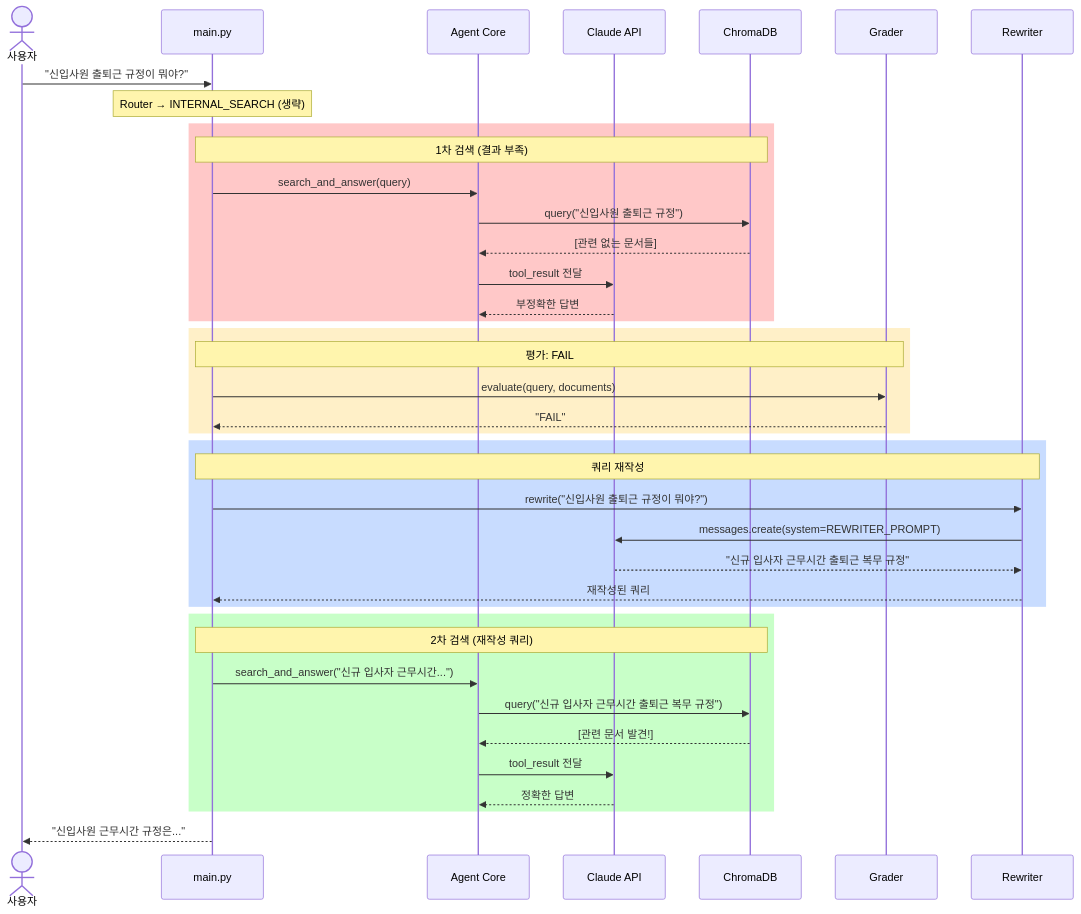
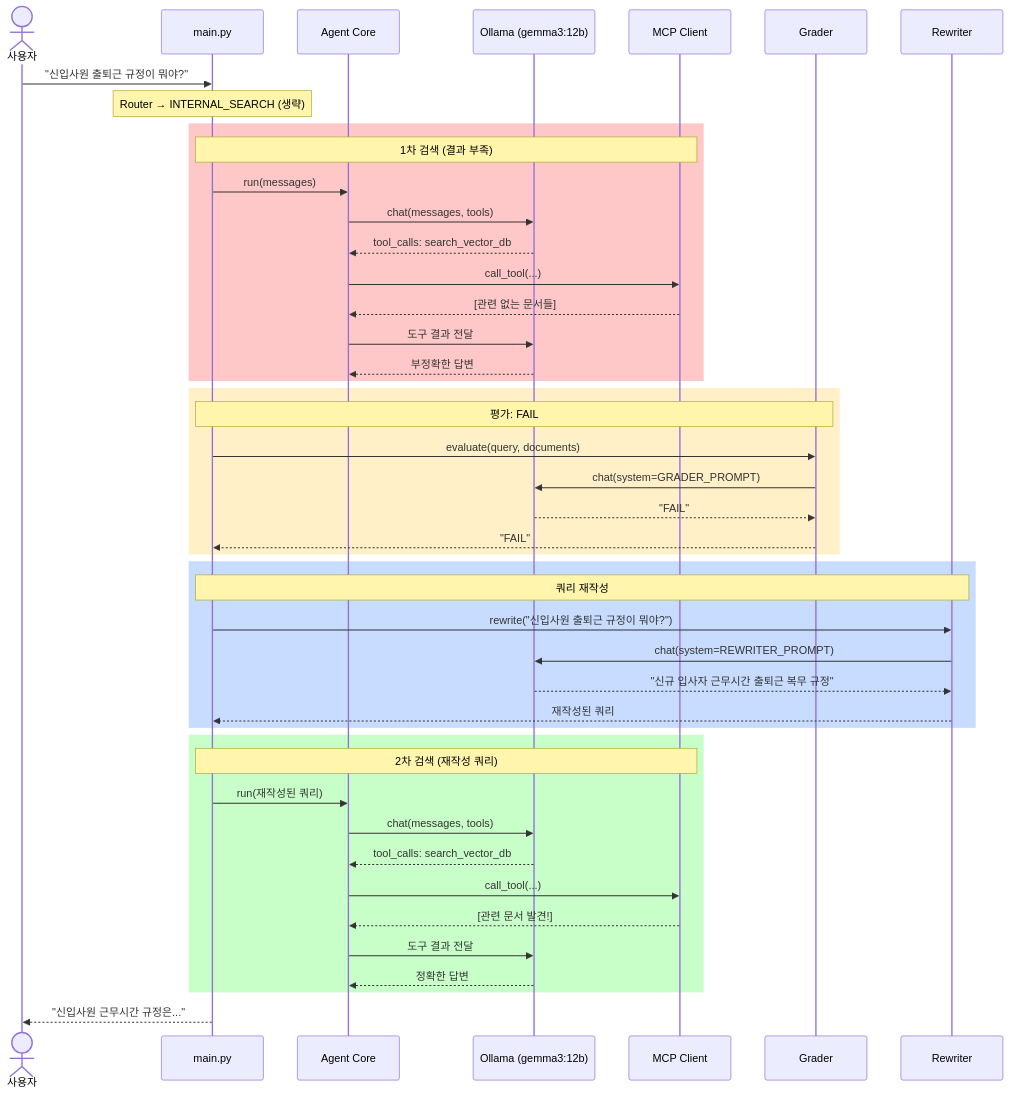
One commit to laurus-kpa007/agentic-rag-bot changed the fourth of 13 diagrams in docs/api-and-data-flow.md. Above: the diagram before and after it, drawn with Mermaid. The commit also changed other lines of this file and 4 other files, not shown here.

First line of the commit message:
docs: Ollama + MCP 통합 설계 반영 및 전체 문서 업데이트

````diff
--- a/docs/api-and-data-flow.md
+++ b/docs/api-and-data-flow.md
@@ -128,48 +137,54 @@
 ```mermaid
 sequenceDiagram
     actor User as 사용자
     participant Main as main.py
     participant Agent as Agent Core
-    participant Claude as Claude API
-    participant VDB as ChromaDB
+    participant LLM as Ollama (gemma3:12b)
+    participant MCP as MCP Client
     participant Grader as Grader
     participant Rewriter as Rewriter
 
     User->>Main: "신입사원 출퇴근 규정이 뭐야?"
 
     Note over Main: Router → INTERNAL_SEARCH (생략)
 
     rect rgb(255, 200, 200)
-        Note over Main,VDB: 1차 검색 (결과 부족)
-        Main->>Agent: search_and_answer(query)
-        Agent->>VDB: query("신입사원 출퇴근 규정")
-        VDB-->>Agent: [관련 없는 문서들]
-        Agent->>Claude: tool_result 전달
-        Claude-->>Agent: 부정확한 답변
+        Note over Main,MCP: 1차 검색 (결과 부족)
+        Main->>Agent: run(messages)
+        Agent->>LLM: chat(messages, tools)
+        LLM-->>Agent: tool_calls: search_vector_db
+        Agent->>MCP: call_tool(...)
+        MCP-->>Agent: [관련 없는 문서들]
+        Agent->>LLM: 도구 결과 전달
+        LLM-->>Agent: 부정확한 답변
     end
 
     rect rgb(255, 240, 200)
         Note over Main,Grader: 평가: FAIL
         Main->>Grader: evaluate(query, documents)
+        Grader->>LLM: chat(system=GRADER_PROMPT)
+        LLM-->>Grader: "FAIL"
         Grader-->>Main: "FAIL"
     end
 
     rect rgb(200, 220, 255)
         Note over Main,Rewriter: 쿼리 재작성
         Main->>Rewriter: rewrite("신입사원 출퇴근 규정이 뭐야?")
-        Rewriter->>Claude: messages.create(system=REWRITER_PROMPT)
-        Claude-->>Rewriter: "신규 입사자 근무시간 출퇴근 복무 규정"
+        Rewriter->>LLM: chat(system=REWRITER_PROMPT)
+        LLM-->>Rewriter: "신규 입사자 근무시간 출퇴근 복무 규정"
         Rewriter-->>Main: 재작성된 쿼리
     end
 
     rect rgb(200, 255, 200)
-        Note over Main,VDB: 2차 검색 (재작성 쿼리)
-        Main->>Agent: search_and_answer("신규 입사자 근무시간...")
-        Agent->>VDB: query("신규 입사자 근무시간 출퇴근 복무 규정")
-        VDB-->>Agent: [관련 문서 발견!]
-        Agent->>Claude: tool_result 전달
-        Claude-->>Agent: 정확한 답변
+        Note over Main,MCP: 2차 검색 (재작성 쿼리)
+        Main->>Agent: run(재작성된 쿼리)
+        Agent->>LLM: chat(messages, tools)
+        LLM-->>Agent: tool_calls: search_vector_db
+        Agent->>MCP: call_tool(...)
+        MCP-->>Agent: [관련 문서 발견!]
+        Agent->>LLM: 도구 결과 전달
+        LLM-->>Agent: 정확한 답변
     end
 
     Main-->>User: "신입사원 근무시간 규정은..."
 ```
````
